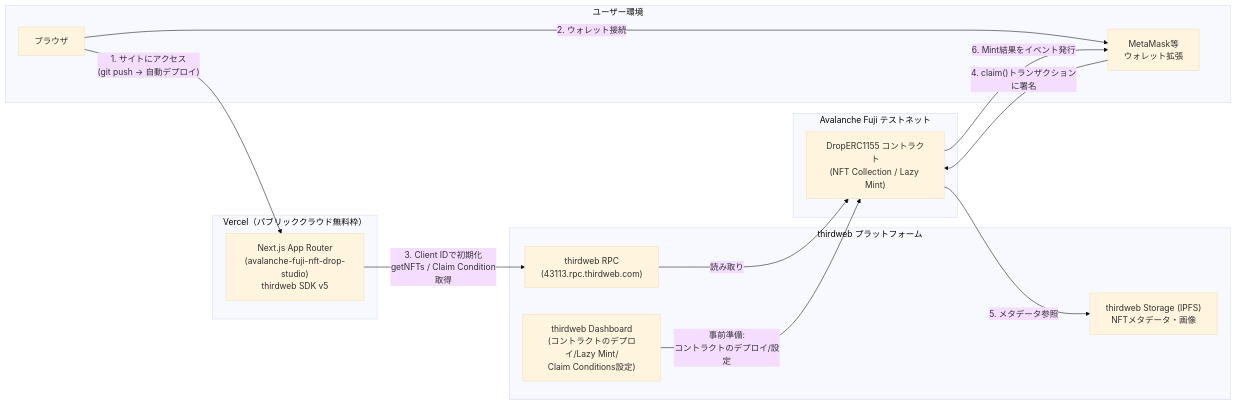
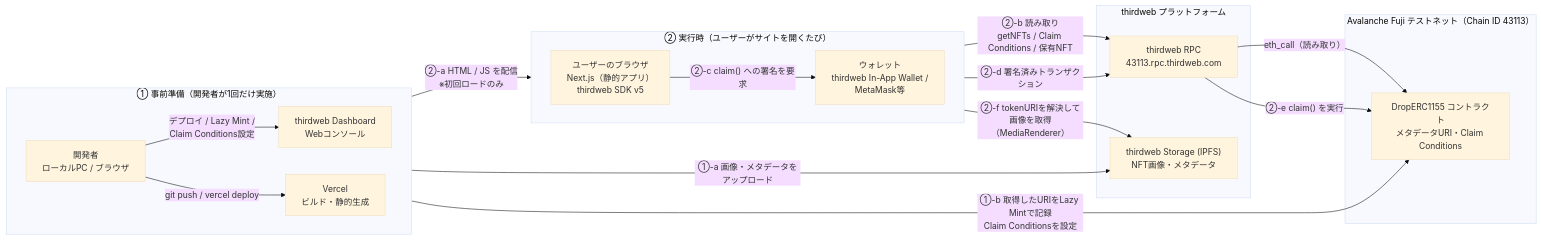
One commit to FloatedGecko667/avalanche-fuji-nft-drop-studio changed the diagram in docs/architecture.mmd. Above: the diagram before and after it, drawn with Mermaid (base theme). The commit also changed 1 other file, not shown here.

Commit message:
docs: correct system architecture and stack facts
The architecture diagram claimed the contract fetches its metadata from
IPFS. Contracts cannot make network calls — they only store a tokenURI,
and the browser's MediaRenderer is what resolves it.

It also drew Vercel in the runtime request path. The page is fully
client-rendered and statically prerendered, so Vercel serves the bundle
once and every RPC read, signature and image fetch originates in the
browser. Drawing Vercel as a relay contradicted the non-custodial claim
the README makes elsewhere. The diagram now separates the one-off
developer setup from the per-visit runtime flow.

Also corrects the ERC-1155 distribution semantics (claim order does not
rotate content — the user picks a tokenId) and the recorded TypeScript
version, which is 6.0.3 rather than 7.

```diff
--- a/docs/architecture.mmd
+++ b/docs/architecture.mmd
@@ -1,28 +1,40 @@
+%% Avalanche Fuji NFT Drop Studio — システム構成図
+%% 重要: 事前準備（開発者）と実行時（ユーザー）は別の時間軸なので分けて表現する。
+%% 実行時の通信はすべてブラウザが起点で、Vercelは静的アセットを配信するのみ
+%% （ページは全て静的プリレンダリング + クライアント実行）。
 flowchart LR
-    subgraph User["ユーザー環境"]
-        Browser["ブラウザ"]
-        Wallet["MetaMask等\nウォレット拡張"]
+    subgraph Prep["① 事前準備（開発者が1回だけ実施）"]
+        direction LR
+        Dev["開発者<br/>ローカルPC / ブラウザ"]
+        Dashboard["thirdweb Dashboard<br/>Webコンソール"]
+        Dev -- "デプロイ / Lazy Mint /<br/>Claim Conditions設定" --> Dashboard
+        Dev -- "git push / vercel deploy" --> BuildVercel["Vercel<br/>ビルド・静的生成"]
     end
 
-    subgraph Vercel["Vercel（パブリッククラウド無料枠）"]
-        NextApp["Next.js App Router\n(avalanche-fuji-nft-drop-studio)\nthirdweb SDK v5"]
+    subgraph Runtime["② 実行時（ユーザーがサイトを開くたび）"]
+        direction LR
+        Browser["ユーザーのブラウザ<br/>Next.js（静的アプリ）<br/>thirdweb SDK v5"]
+        Wallet["ウォレット<br/>thirdweb In-App Wallet /<br/>MetaMask等"]
     end
 
     subgraph Thirdweb["thirdweb プラットフォーム"]
-        Dashboard["thirdweb Dashboard\n(コントラクトのデプロイ/Lazy Mint/\nClaim Conditions設定)"]
-        RPC["thirdweb RPC\n(43113.rpc.thirdweb.com)"]
-        Storage["thirdweb Storage (IPFS)\nNFTメタデータ・画像"]
+        RPC["thirdweb RPC<br/>43113.rpc.thirdweb.com"]
+        Storage["thirdweb Storage (IPFS)<br/>NFT画像・メタデータ"]
     end
 
-    subgraph Chain["Avalanche Fuji テストネット"]
-        Contract["DropERC1155 コントラクト\n(NFT Collection / Lazy Mint)"]
+    subgraph Chain["Avalanche Fuji テストネット（Chain ID 43113）"]
+        Contract["DropERC1155 コントラクト<br/>メタデータURI・Claim Conditions"]
     end
 
-    Browser -- "1. サイトにアクセス\n(git push -> 自動デプロイ)" --> NextApp
-    Browser -- "2. ウォレット接続" --> Wallet
-    NextApp -- "3. Client IDで初期化\ngetNFTs / Claim Condition取得" --> RPC
-    RPC -- "読み取り" --> Contract
-    Wallet -- "4. claim()トランザクションに署名" --> Contract
-    Contract -- "5. メタデータ参照" --> Storage
-    Dashboard -- "事前準備:\nコントラクトのデプロイ/設定" --> Contract
-    Contract -- "6. Mint結果をイベント発行" --> Wallet
+    %% --- 事前準備 ---
+    Dashboard -- "①-a 画像・メタデータをアップロード" --> Storage
+    Dashboard -- "①-b 取得したURIをLazy Mintで記録<br/>Claim Conditionsを設定" --> Contract
+
+    %% --- 実行時 ---
+    BuildVercel -- "②-a HTML / JS を配信<br/>※初回ロードのみ" --> Browser
+    Browser -- "②-b 読み取り<br/>getNFTs / Claim Conditions / 保有NFT" --> RPC
+    RPC -- "eth_call（読み取り）" --> Contract
+    Browser -- "②-c claim() への署名を要求" --> Wallet
+    Wallet -- "②-d 署名済みトランザクション" --> RPC
+    RPC -- "②-e claim() を実行" --> Contract
+    Browser -- "②-f tokenURIを解決して画像を取得<br/>（MediaRenderer）" --> Storage
```
